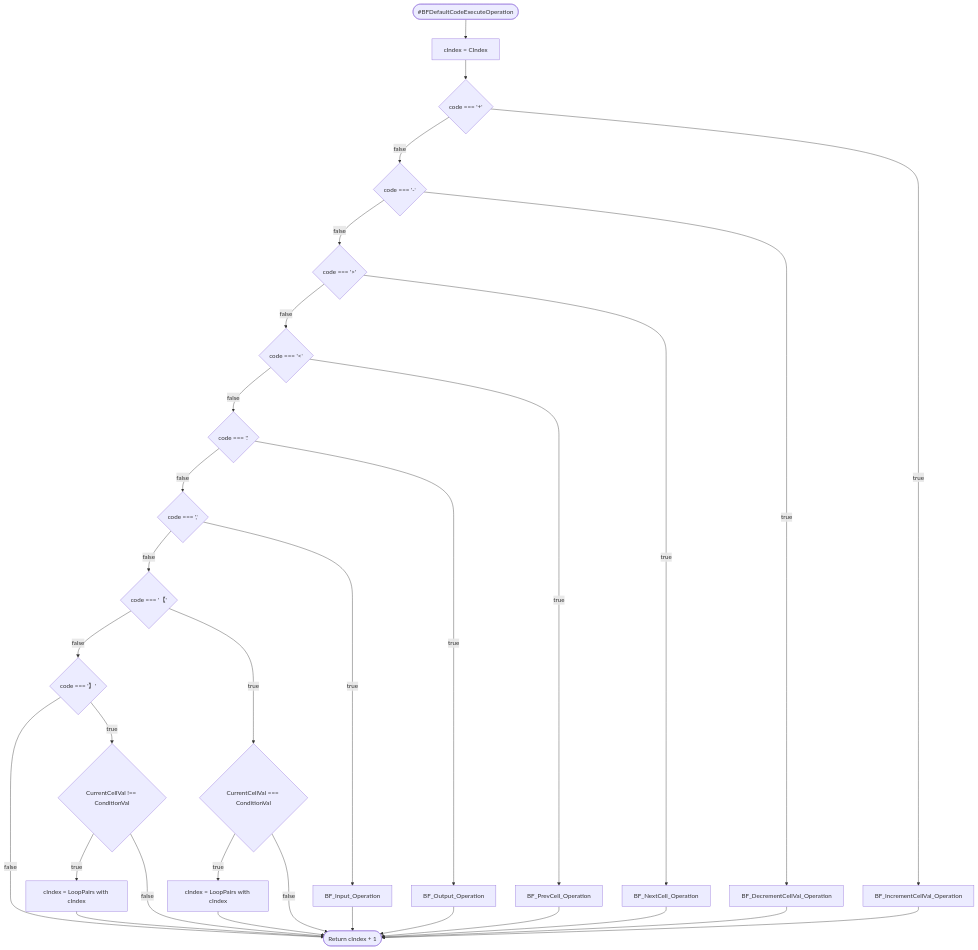
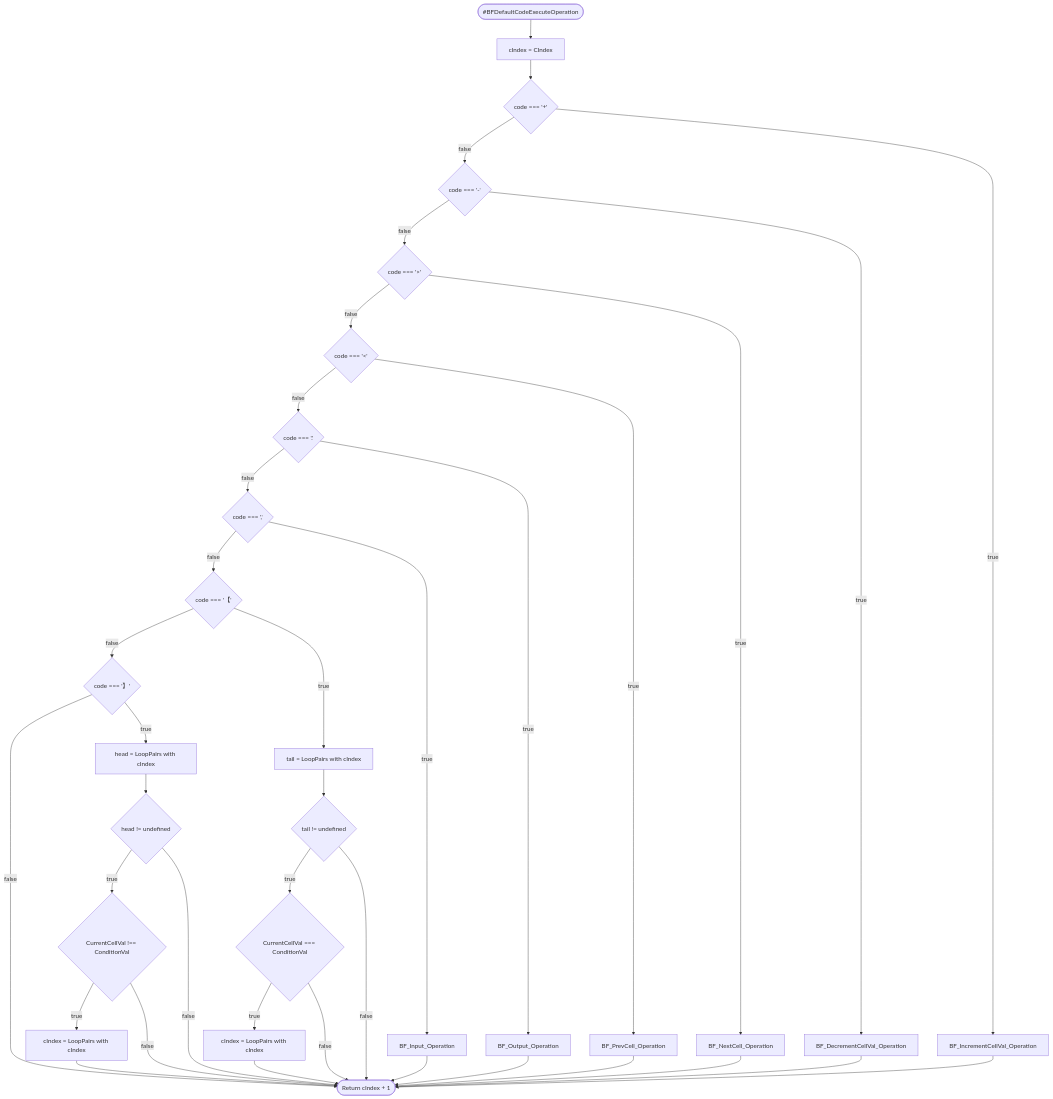
Before and after one commit to BCS21090011/BrainFucker: diagram 28 of 40 in Classes_Info/BrainfuckExecuter.md, drawn with Mermaid. The commit also changed 1 other file, not shown here.

Commit message:
Added head tail check.

```diff
--- a/Classes_Info/BrainfuckExecuter.md
+++ b/Classes_Info/BrainfuckExecuter.md
@@ -929,9 +929,13 @@
 CheckOutput{code === '.'}
 BF_Input_Operation
 CheckLoopHead{code === '【'}
+GetTail[tail = LoopPairs with cIndex]
+CheckHasTail{tail != undefined}
 CheckCondPass{CurrentCellVal === ConditionVal}
 HeadSetCIndex[cIndex = LoopPairs with cIndex]
 CheckLoopTail{code === '】'}
+GetHead[head = LoopPairs with cIndex]
+CheckHasHead{head != undefined}
 CheckCondFail{CurrentCellVal !== ConditionVal}
 TailSetCIndex[cIndex = LoopPairs with cIndex]
 End([Return cIndex + 1])
@@ -996,6 +1000,10 @@
 
 CheckLoopHead
 --true-->
+GetTail
+-->
+CheckHasTail
+--true-->
 CheckCondPass
 --true-->
 HeadSetCIndex
@@ -1004,10 +1012,22 @@
 
 CheckLoopTail
 --true-->
+GetHead
+-->
+CheckHasHead
+--true-->
 CheckCondFail
 --true-->
 TailSetCIndex
 -->
+End
+
+CheckHasTail
+--false-->
+End
+
+CheckHasHead
+--false-->
 End
 
 CheckCondPass
```
